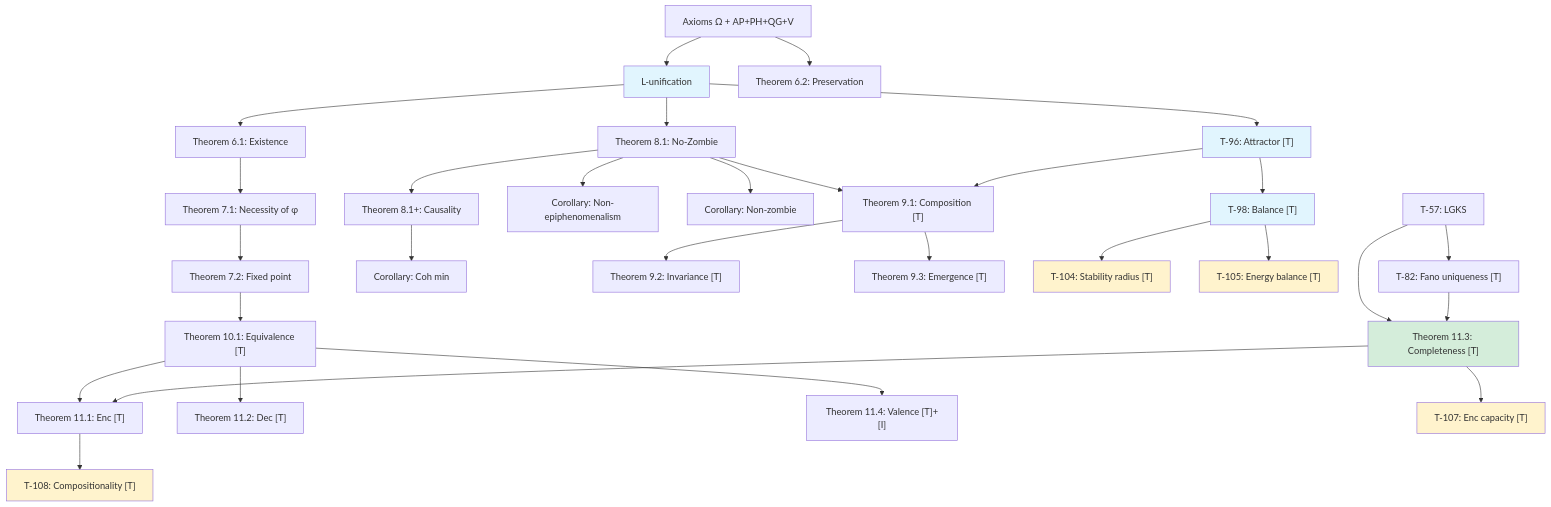
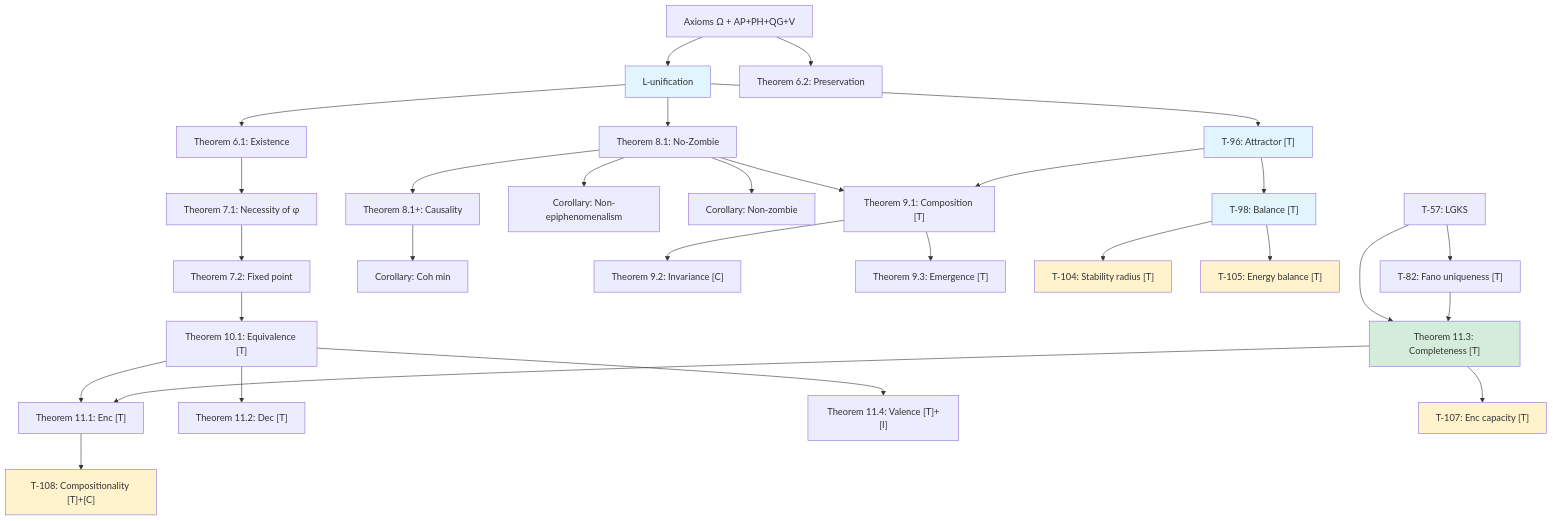
The diagram in website/docs/applied/coherence-cybernetics/theorems.md (gst-st/uhm), drawn with Mermaid before and after one commit. The commit also changed other lines of this file and 19 other files, not shown here.

````diff
--- a/website/docs/applied/coherence-cybernetics/theorems.md
+++ b/website/docs/applied/coherence-cybernetics/theorems.md
@@ -1071,44 +1076,44 @@
 ```mermaid
 graph TD
     A["Axioms Ω + AP+PH+QG+V"] --> LU["L-unification"]
     LU --> T61["Theorem 6.1: Existence"]
     A --> T62x["Theorem 6.2: Preservation"]
     T61 --> T71["Theorem 7.1: Necessity of φ"]
     T71 --> T72["Theorem 7.2: Fixed point"]
     LU --> T81["Theorem 8.1: No-Zombie"]
     T81 --> T81P["Theorem 8.1+: Causality"]
     T81 --> C811["Corollary: Non-epiphenomenalism"]
     T81 --> C812["Corollary: Non-zombie"]
     T81P --> C813["Corollary: Coh min"]
     T81 --> T91["Theorem 9.1: Composition [T]"]
-    T91 --> T92["Theorem 9.2: Invariance [T]"]
+    T91 --> T92["Theorem 9.2: Invariance [C]"]
     T91 --> T93x["Theorem 9.3: Emergence [T]"]
     T72 --> T101["Theorem 10.1: Equivalence [T]"]
     T101 --> T111["Theorem 11.1: Enc [T]"]
     T101 --> T112["Theorem 11.2: Dec [T]"]
     T57["T-57: LGKS"] --> T113["Theorem 11.3: Completeness [T]"]
     T113 --> T111
     T101 --> T114["Theorem 11.4: Valence [T]+[I]"]
 
     LU --> T96["T-96: Attractor [T]"]
     T96 --> T98["T-98: Balance [T]"]
     T98 --> T104["T-104: Stability radius [T]"]
     T98 --> T105["T-105: Energy balance [T]"]
 
     T57 --> T82["T-82: Fano uniqueness [T]"]
     T82 --> T113
 
     T96 --> T91
 
     T113 --> T107["T-107: Enc capacity [T]"]
-    T111 --> T108["T-108: Compositionality [T]"]
+    T111 --> T108["T-108: Compositionality [T]+[C]"]
 
     style LU fill:#e1f5fe
     style T113 fill:#d4edda
     style T96 fill:#e1f5fe
     style T98 fill:#e1f5fe
     style T104 fill:#fff3cd
     style T105 fill:#fff3cd
     style T107 fill:#fff3cd
     style T108 fill:#fff3cd
 ```
````
